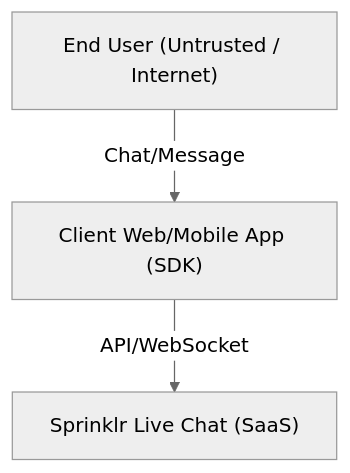
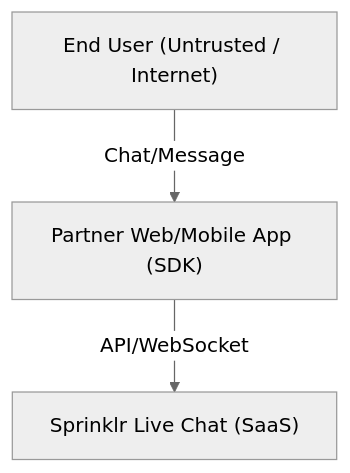
The first of 3 diagrams in docs/2. Secure Architecture/trust_boundary.md (studiogangster/task-threat-model-realtime-livechat), drawn with Mermaid (neutral theme) before and after one commit. The commit also changed other lines of this file and 3 other files, not shown here.

````diff
--- a/docs/2. Secure Architecture/trust_boundary.md
+++ b/docs/2. Secure Architecture/trust_boundary.md
@@ -30,9 +30,9 @@
 ```mermaid
 flowchart TD
   EU["End User (Untrusted / Internet)"]
-  SDK["Client Web/Mobile App (SDK)"]
+  SDK["Partner Web/Mobile App (SDK)"]
   SLC["Sprinklr Live Chat (SaaS)"]
 
   EU -- "Chat/Message" --> SDK
   SDK -- "API/WebSocket" --> SLC
 ```
````
